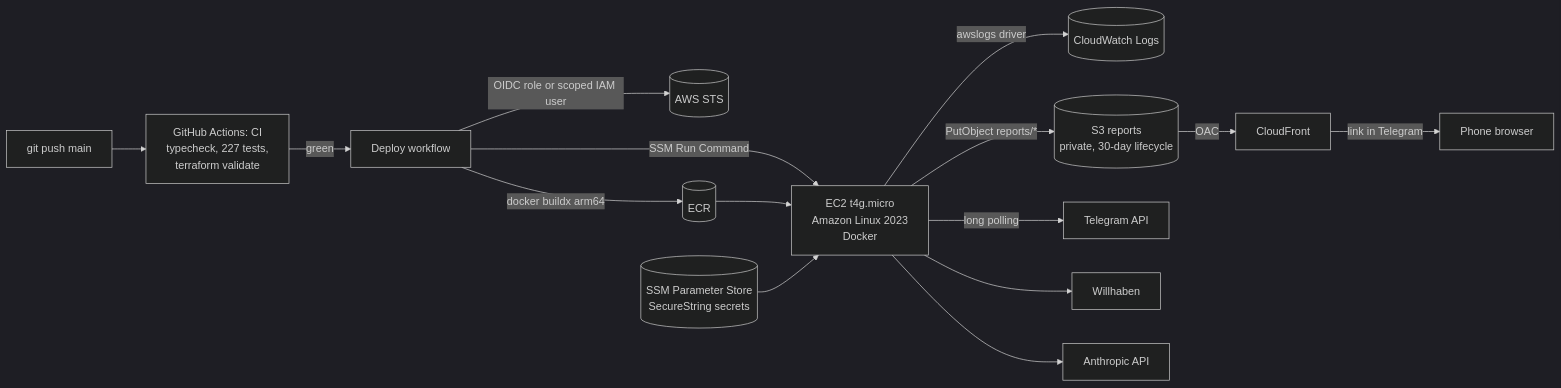
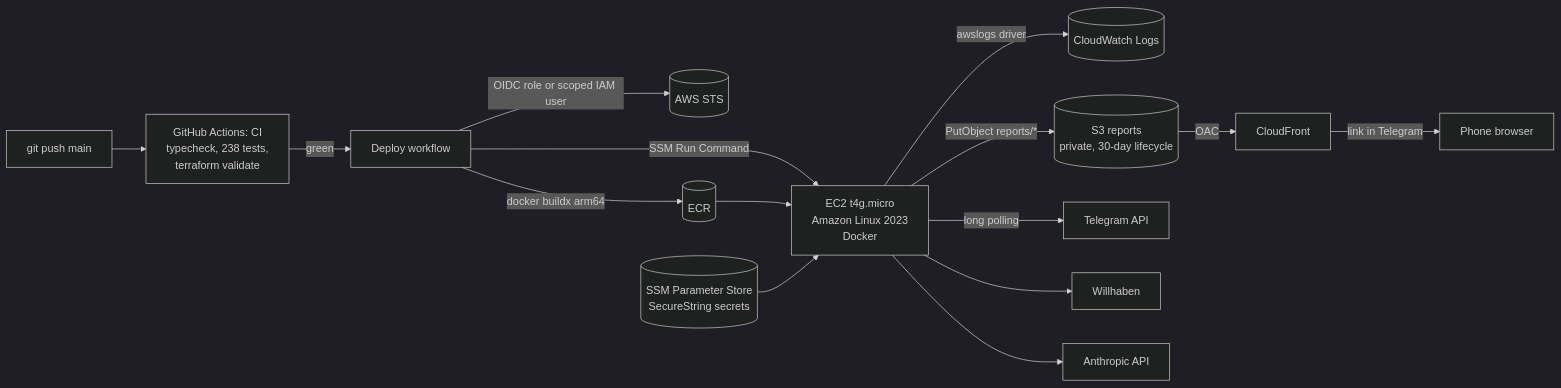
One commit to IvanSytnik/dealradar changed the diagram in docs/aws.md. Above: the diagram before and after it, drawn with Mermaid (dark theme). The commit also changed 1 other file, not shown here.

Commit message:
docs: privacy, invites and parser health

````diff
--- a/docs/aws.md
+++ b/docs/aws.md
@@ -6,16 +6,16 @@
 ```mermaid
 flowchart LR
-  dev[git push main] --> ci[GitHub Actions: CI<br/>typecheck, 227 tests,<br/>terraform validate]
+  dev[git push main] --> ci[GitHub Actions: CI<br/>typecheck, 238 tests,<br/>terraform validate]
   ci -->|green| cd[Deploy workflow]
   cd -->|OIDC role or scoped IAM user| sts[(AWS STS)]
   cd -->|docker buildx arm64| ecr[(ECR)]
   cd -->|SSM Run Command| ec2[EC2 t4g.micro<br/>Amazon Linux 2023<br/>Docker]
   ecr --> ec2
   ssm[(SSM Parameter Store<br/>SecureString secrets)] --> ec2
   ec2 -->|awslogs driver| cw[(CloudWatch Logs)]
   ec2 -->|PutObject reports/*| s3[(S3 reports<br/>private, 30-day lifecycle)]
   s3 -->|OAC| cf[CloudFront] -->|link in Telegram| user[Phone browser]
   ec2 -->|long polling| tg[Telegram API]
   ec2 --> wh[Willhaben]
   ec2 --> ai[Anthropic API]
 ```
````
